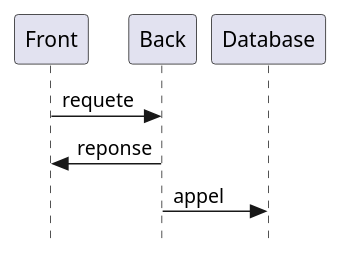
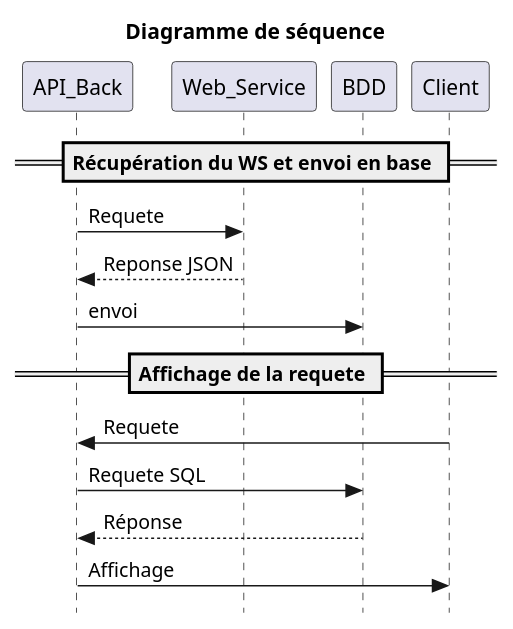
Before and after one commit to Rodolphe33/projet-python-cesi: the diagram in cesi-python/sequence.plantuml, drawn with PlantUML. The commit also changed 2 other files, not shown here.

Commit message:
mise à jour du diagramme de sequence

```diff
--- a/cesi-python/sequence.plantuml
+++ b/cesi-python/sequence.plantuml
@@ -1,7 +1,17 @@
-@@startuml Digramme de séquence
+@startuml
     skinparam Style strictuml
-    Front -> Back : requete
-    Back -> Front : reponse
-    Back -> Database : appel
 
-@@enduml
+    title Diagramme de séquence
+
+    == Récupération du WS et envoi en base ==
+        API_Back -> Web_Service : Requete
+        Web_Service --> API_Back : Reponse JSON
+        API_Back -> BDD : envoi
+
+    == Affichage de la requete ==
+        Client -> API_Back : Requete
+        API_Back -> BDD : Requete SQL
+        BDD --> API_Back : Réponse
+        API_Back -> Client : Affichage
+
+@enduml
```
